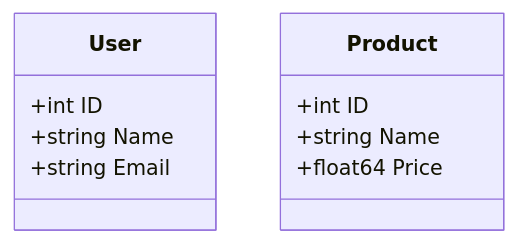
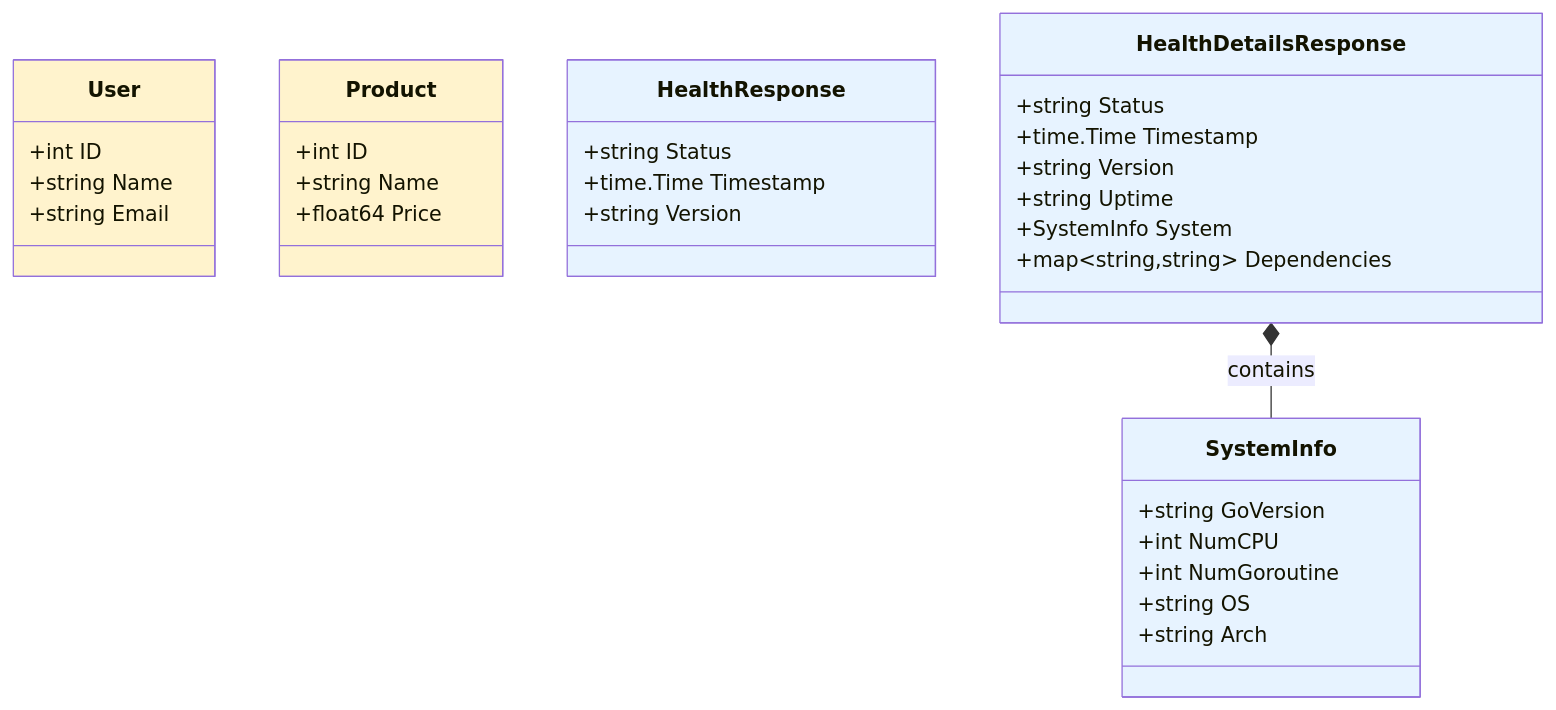
Before and after one commit to gamefiend/doc-agent-demo: the diagram in docs/DATA_MODELS.md, drawn with Mermaid. The commit also changed other lines of this file and 3 other files, not shown here.

````diff
--- a/docs/DATA_MODELS.md
+++ b/docs/DATA_MODELS.md
@@ -111,14 +280,45 @@
 ```mermaid
 classDiagram
     class User {
         +int ID
         +string Name
         +string Email
     }
 
     class Product {
         +int ID
         +string Name
         +float64 Price
     }
+
+    class HealthResponse {
+        +string Status
+        +time.Time Timestamp
+        +string Version
+    }
+
+    class HealthDetailsResponse {
+        +string Status
+        +time.Time Timestamp
+        +string Version
+        +string Uptime
+        +SystemInfo System
+        +map~string,string~ Dependencies
+    }
+
+    class SystemInfo {
+        +string GoVersion
+        +int NumCPU
+        +int NumGoroutine
+        +string OS
+        +string Arch
+    }
+
+    HealthDetailsResponse *-- SystemInfo : contains
+
+    style HealthResponse fill:#e7f3ff
+    style HealthDetailsResponse fill:#e7f3ff
+    style SystemInfo fill:#e7f3ff
+    style User fill:#fff3cd
+    style Product fill:#fff3cd
 ```
````
